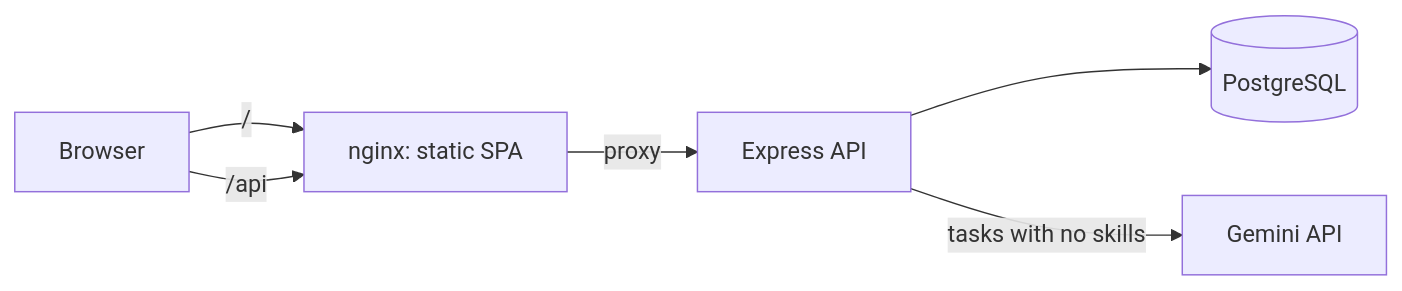
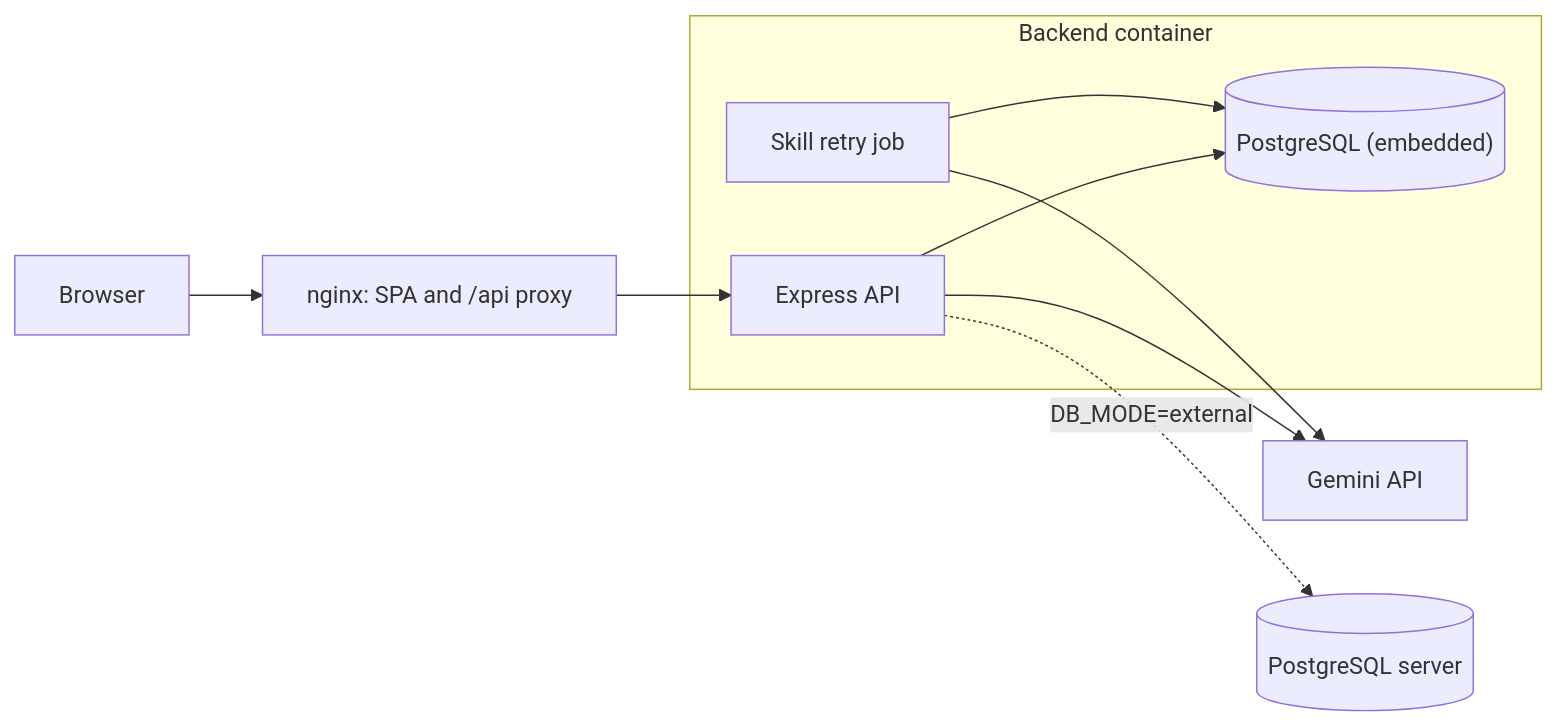
Before and after one commit to xaviertanwc/htx-task-assignment-app: the first of 3 diagrams in README.md, drawn with Mermaid. The commit also changed other lines of this file, not shown here.

````diff
--- a/README.md
+++ b/README.md
@@ -92,8 +148,12 @@
 ```mermaid
 flowchart LR
-  Browser -->|"/"| Nginx["nginx: static SPA"]
-  Browser -->|"/api"| Nginx
-  Nginx -->|proxy| API["Express API"]
-  API --> DB[(PostgreSQL)]
-  API -->|"tasks with no skills"| Gemini["Gemini API"]
+  Browser --> Nginx["nginx: SPA and /api proxy"]
+  Nginx --> API
+  subgraph Backend container
+    API["Express API"] --> DB[("PostgreSQL (embedded)")]
+    Job["Skill retry job"] --> DB
+  end
+  API --> Gemini["Gemini API"]
+  Job --> Gemini
+  API -. "DB_MODE=external" .-> Ext[("PostgreSQL server")]
 ```
````
